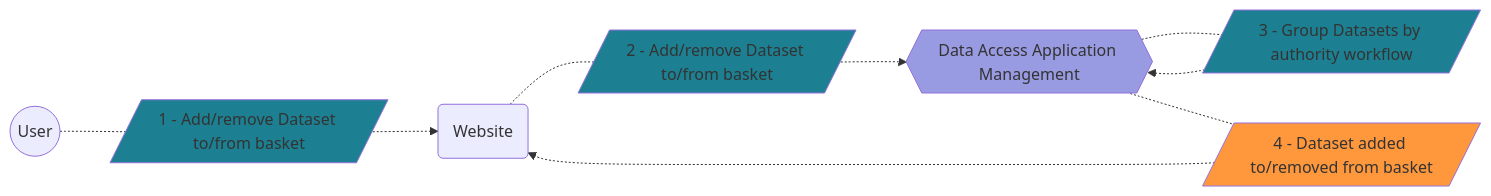
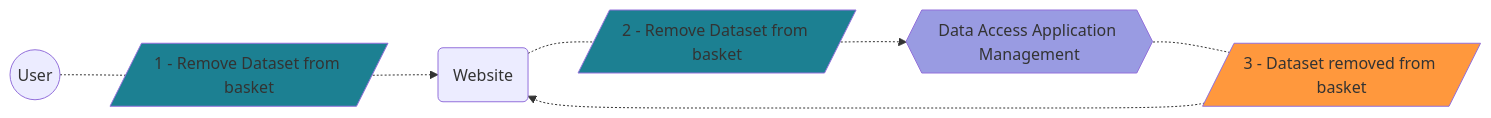
The third of 16 diagrams in content/docs/data-access-application-management/use-cases/_index.md (GenomicDataInfrastructure/gdi-userportal-docs), drawn with Mermaid before and after one commit. The commit also changed other lines of this file, not shown here.

Commit message:
doc: update add dataset to basket use case

````diff
--- a/content/docs/data-access-application-management/use-cases/_index.md
+++ b/content/docs/data-access-application-management/use-cases/_index.md
@@ -52,42 +114,36 @@
 ```mermaid
 flowchart LR
     user(("`
         User
     `"))
     
     website("`
         Website
     `")
     
     daam{{"`
         Data Access Application Management
     `"}}
     style daam fill:#999be2
 
     add_dataset_1[/"`
-        1 - Add/remove Dataset to/from basket
+        1 - Remove Dataset from basket
     `"/]
     add_dataset_2[/"`
-        2 - Add/remove Dataset to/from basket
-    `"/]
-    group_dataset_by_authority_workflow[/"`
-        3 - Group Datasets by authority workflow
+        2 - Remove Dataset from basket
     `"/]
     style add_dataset_1 fill:#1C8092
     style add_dataset_2 fill:#1C8092
-    style group_dataset_by_authority_workflow fill:#1C8092
 
     dataset_added[/"`
-        4 - Dataset added to/removed from basket
+        3 - Dataset removed from basket
     `"/]
     style dataset_added fill:#FF983D
 
     user -.- add_dataset_1
     add_dataset_1 -.-> website
     website -.- add_dataset_2
     add_dataset_2 -.-> daam
-    daam -.- group_dataset_by_authority_workflow
-    group_dataset_by_authority_workflow -.-> daam
     daam -.- dataset_added
     dataset_added -.-> website
 ```
````
